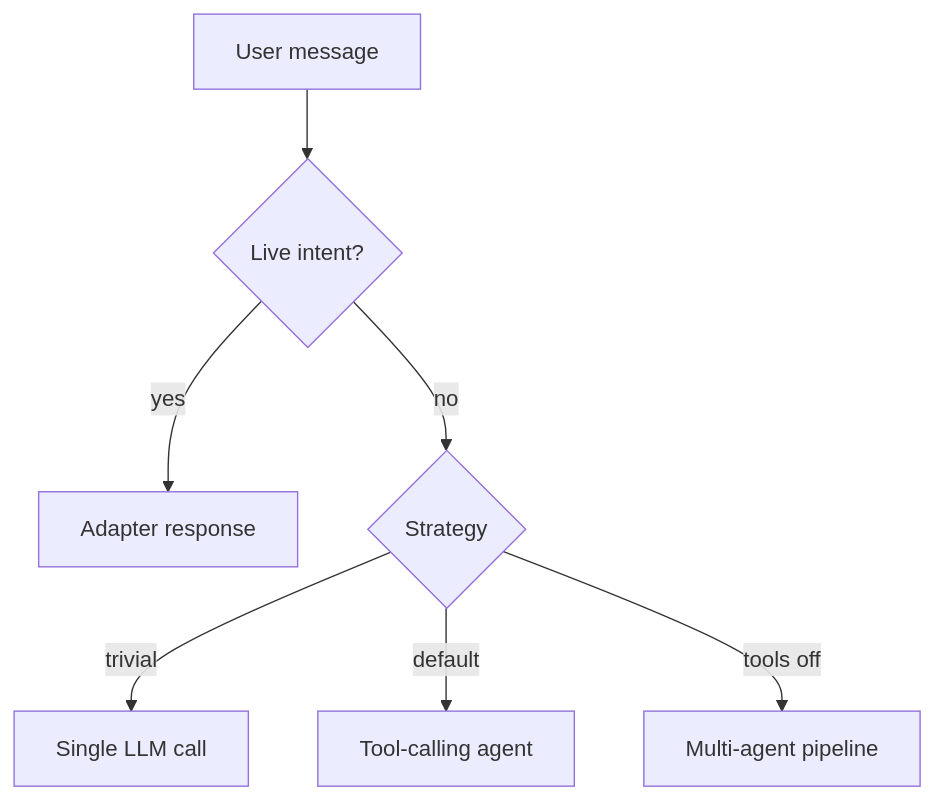
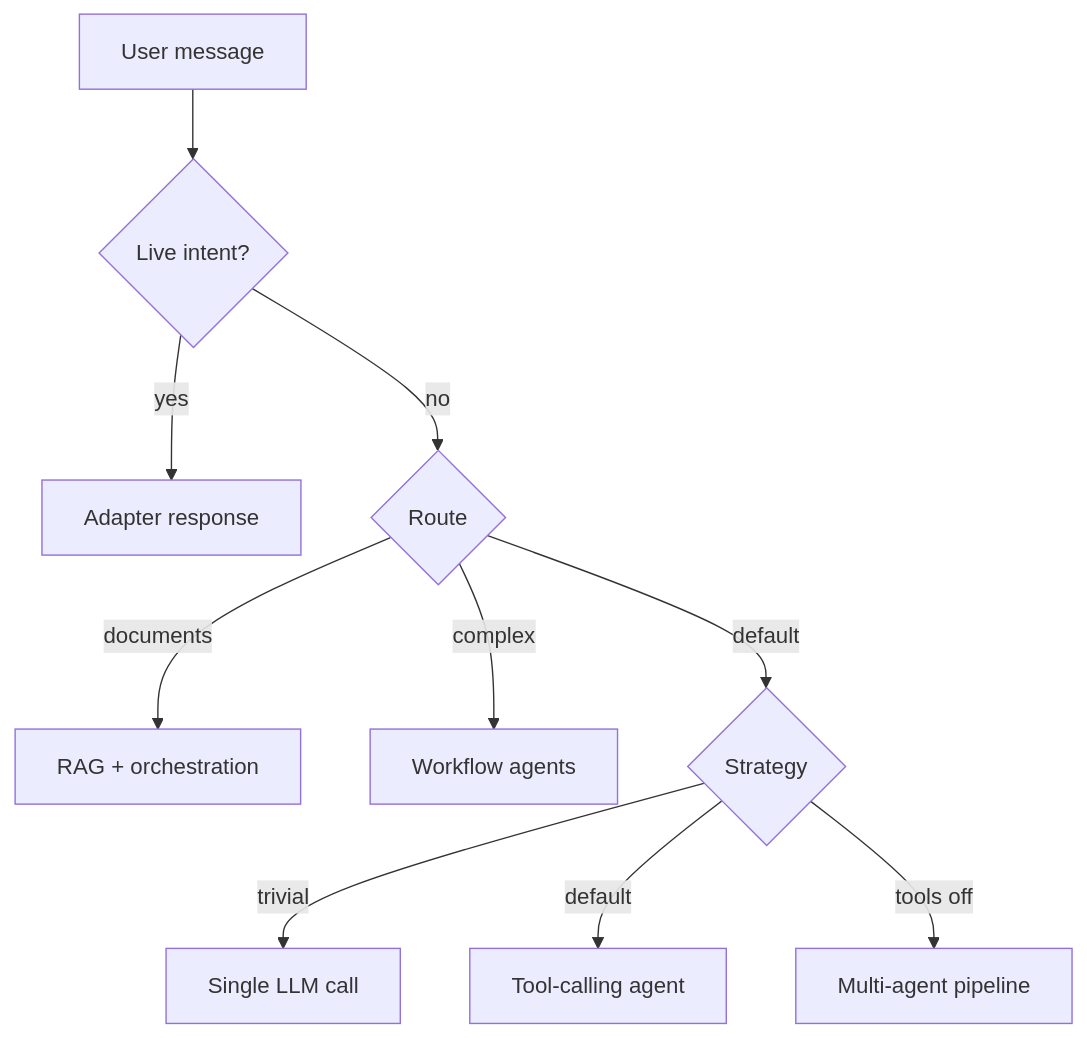
The diagram in README.md (sreeram843/personal-ai), drawn with Mermaid before and after one commit. The commit also changed other lines of this file and 52 other files, not shown here.

````diff
--- a/README.md
+++ b/README.md
@@ -125,9 +129,12 @@
 ```mermaid
 flowchart TD
     Q[User message] --> Live{Live intent?}
     Live -->|yes| LD[Adapter response]
-    Live -->|no| Strat{Strategy}
+    Live -->|no| Route{Route}
+    Route -->|documents| RAG[RAG + orchestration]
+    Route -->|complex| WF[Workflow agents]
+    Route -->|default| Strat{Strategy}
     Strat -->|trivial| Fast[Single LLM call]
     Strat -->|default| Tools[Tool-calling agent]
     Strat -->|tools off| Orch[Multi-agent pipeline]
 ```
````
